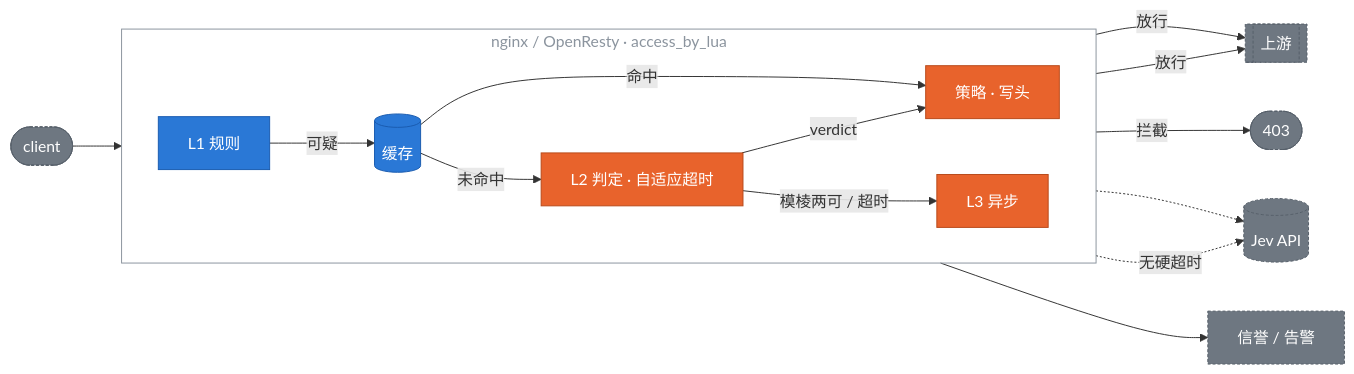
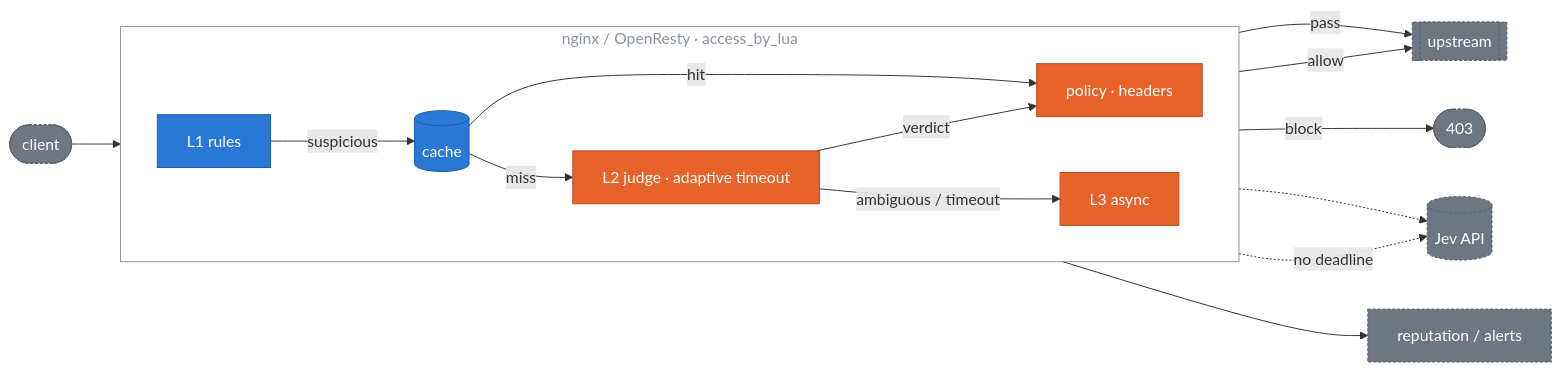
Before and after one commit to kiwi0719/jev-edge: the diagram in docs/design.zh-CN.md, drawn with Mermaid. The commit also changed other lines of this file and 6 other files, not shown here.

````diff
--- a/docs/design.zh-CN.md
+++ b/docs/design.zh-CN.md
@@ -27,26 +287,26 @@
 ```mermaid
 flowchart LR
     client([client]) --> L1
     subgraph edge [nginx / OpenResty · access_by_lua]
         direction LR
-        L1[L1 规则] -->|可疑| cache[(缓存)]
-        cache -->|未命中| L2[L2 判定 · 自适应超时]
-        cache -->|命中| policy
-        L2 -->|verdict| policy[策略 · 写头]
-        L2 -->|模棱两可 / 超时| L3[L3 异步]
+        L1[L1 rules] -->|suspicious| cache[(cache)]
+        cache -->|miss| L2[L2 judge · adaptive timeout]
+        cache -->|hit| policy
+        L2 -->|verdict| policy[policy · headers]
+        L2 -->|ambiguous / timeout| L3[L3 async]
     end
-    L1 -->|放行| up[[上游]]
-    policy -->|放行| up
-    policy -->|拦截| deny([403])
+    L1 -->|pass| up[[upstream]]
+    policy -->|allow| up
+    policy -->|block| deny([403])
     L2 -.-> jev[(Jev API)]
-    L3 -.->|无硬超时| jev
-    L3 --> rep[信誉 / 告警]
+    L3 -.->|no deadline| jev
+    L3 --> rep[reputation / alerts]
 
     classDef cheap fill:#2a78d6,stroke:#1a5cb0,color:#ffffff
     classDef judge fill:#e8632c,stroke:#b84a1a,color:#ffffff
     classDef ext fill:#6e7781,stroke:#57606a,color:#ffffff,stroke-dasharray:3 2
     class L1,cache cheap
     class L2,L3,policy judge
     class client,up,deny,jev,rep ext
     style edge fill:transparent,stroke:#8b949e,color:#8b949e
 ```
````
